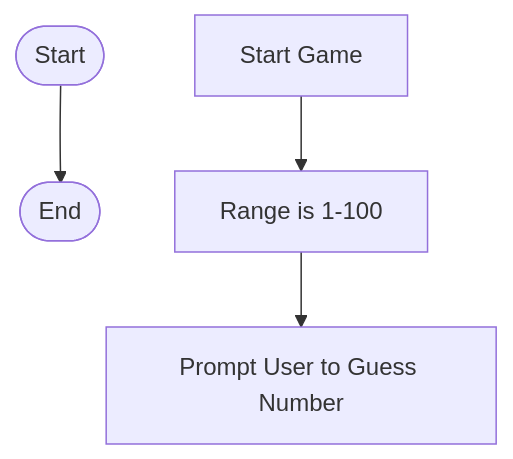
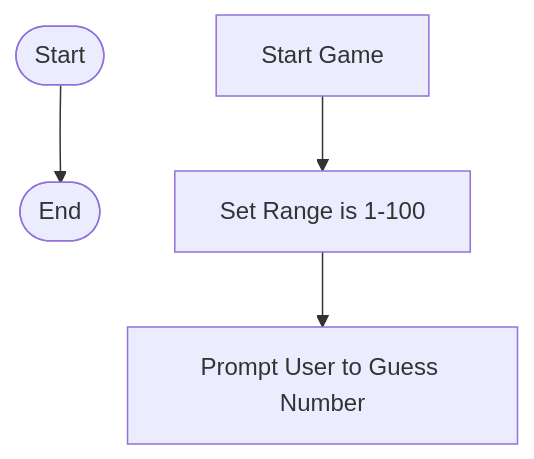
The diagram in Guessing.md (tanvirvirdi/tanvirvirdi.github.io), drawn with Mermaid before and after one commit.

````diff
--- a/Guessing.md
+++ b/Guessing.md
@@ -1,6 +1,6 @@
 ```mermaid
 flowchart TD
     Start([Start])--> End([End])
-    A[Start Game] --> B[Range is 1-100];
+    A[Start Game] --> B[Set Range is 1-100];
     B--> C[Prompt User to Guess Number];
 ```
````
